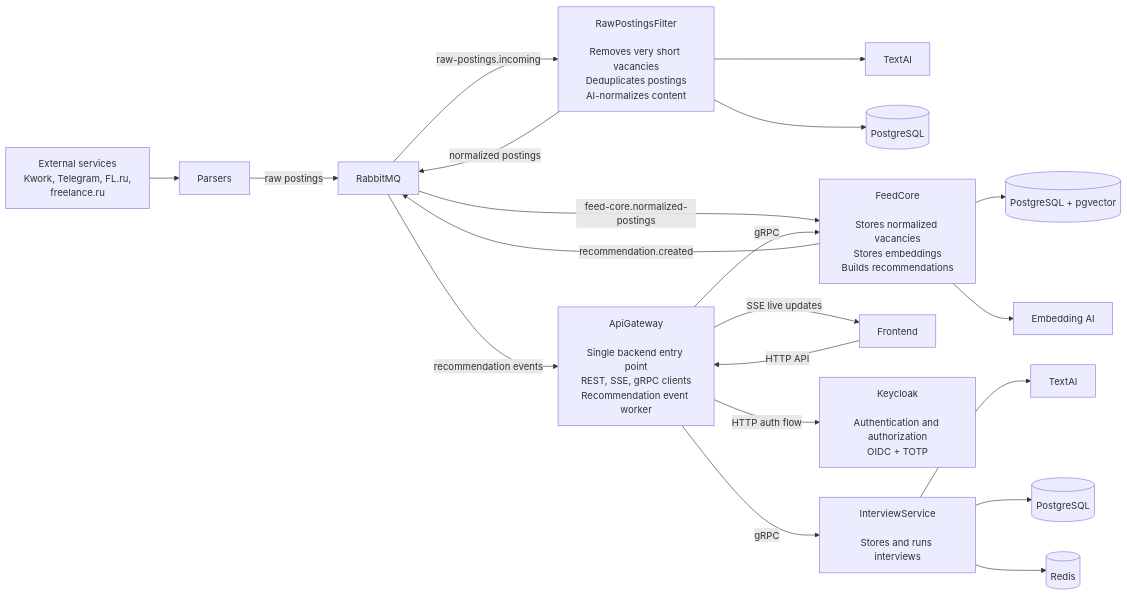
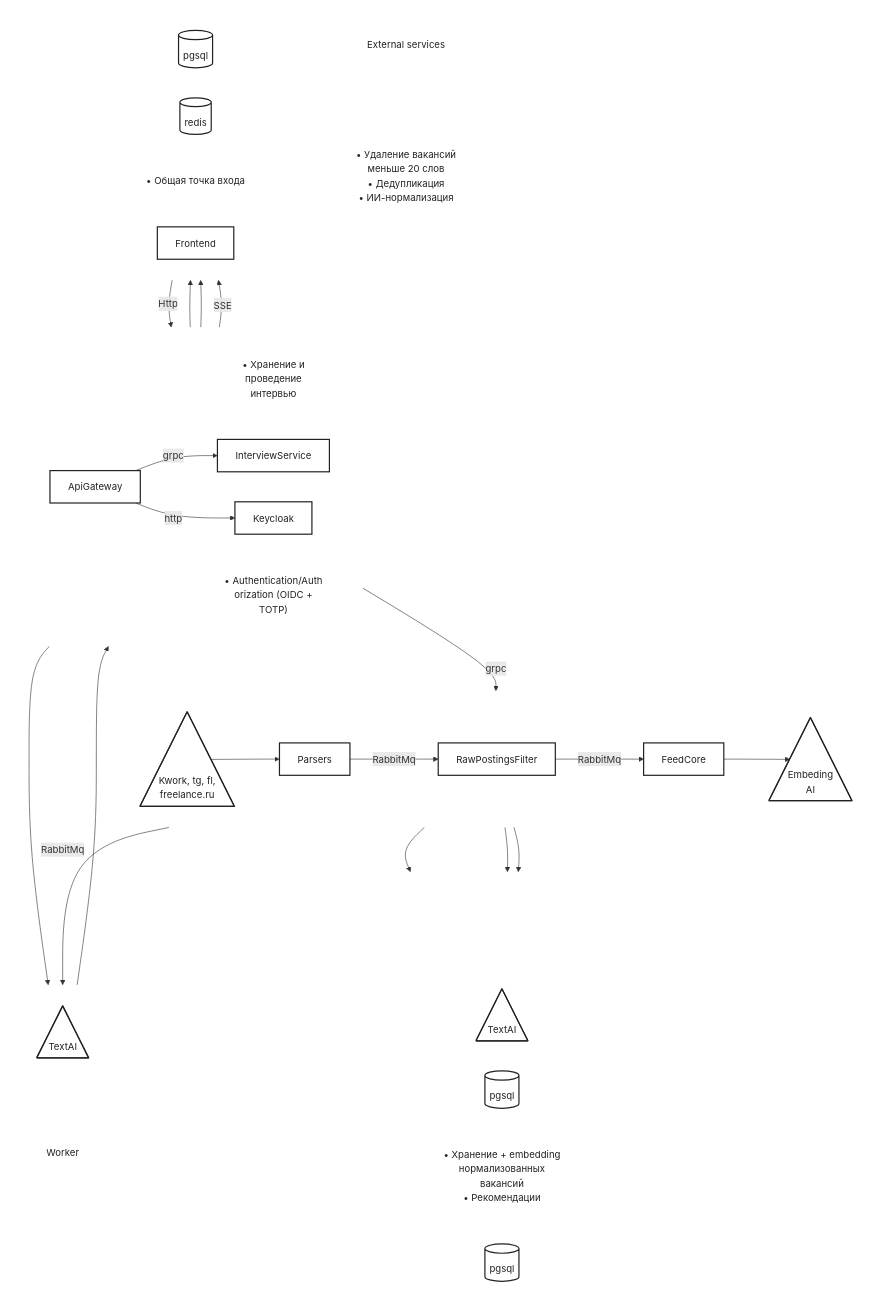
Before and after one commit to meeucg/FitFlow: the diagram in README.md, drawn with Mermaid. The commit also changed other lines of this file, not shown here.

Commit message:
Refine architecture diagram

````diff
--- a/README.md
+++ b/README.md
@@ -19,43 +19,91 @@
 ```mermaid
-flowchart LR
-    external["External services<br/>Kwork, Telegram, FL.ru,<br/>freelance.ru"]
-    parsers["Parsers"]
-    rabbit["RabbitMQ"]
-    raw["RawPostingsFilter<br/><br/>Removes very short vacancies<br/>Deduplicates postings<br/>AI-normalizes content"]
-    rawTextAi["TextAI"]
-    rawDb[("PostgreSQL")]
-    feed["FeedCore<br/><br/>Stores normalized vacancies<br/>Stores embeddings<br/>Builds recommendations"]
-    feedDb[("PostgreSQL + pgvector")]
-    embeddingAi["Embedding AI"]
+flowchart TB
+    classDef service fill:#ffffff,stroke:#222222,stroke-width:2px,color:#222222;
+    classDef store fill:#ffffff,stroke:#222222,stroke-width:2px,color:#222222;
+    classDef external fill:#ffffff,stroke:#222222,stroke-width:2px,color:#222222;
+    classDef note fill:transparent,stroke:transparent,color:#222222;
+    classDef hidden fill:transparent,stroke:transparent,color:transparent;
 
-    gateway["ApiGateway<br/><br/>Single backend entry point<br/>REST, SSE, gRPC clients<br/>Recommendation event worker"]
-    frontend["Frontend"]
-    keycloak["Keycloak<br/><br/>Authentication and authorization<br/>OIDC + TOTP"]
-    interview["InterviewService<br/><br/>Stores and runs interviews"]
-    interviewTextAi["TextAI"]
-    interviewDb[("PostgreSQL")]
-    redis[("Redis")]
+    subgraph topSupport[" "]
+        direction LR
+        topBlank1[" "]:::hidden
+        topBlank2[" "]:::hidden
+        rawTextAI@{ shape: tri, label: "TextAI" }
+        rawPg[("pgsql")]
+        feedNote["• Хранение + embedding<br/>нормализованных<br/>вакансий<br/>• Рекомендации"]:::note
+        feedPg[("pgsql")]
+    end
 
-    external --> parsers
-    parsers -->|raw postings| rabbit
-    rabbit -->|raw-postings.incoming| raw
-    raw --> rawTextAi
-    raw --> rawDb
-    raw -->|normalized postings| rabbit
-    rabbit -->|feed-core.normalized-postings| feed
+    subgraph ingestion[" "]
+        direction LR
+        externalServices@{ shape: tri, label: "Kwork, tg, fl,<br/>freelance.ru" }
+        parsers["Parsers"]:::service
+        rawFilter["RawPostingsFilter"]:::service
+        feedCore["FeedCore"]:::service
+        embeddingAI@{ shape: tri, label: "Embeding<br/>AI" }
+    end
 
-    feed --> feedDb
-    feed --> embeddingAi
-    feed -->|recommendation.created| rabbit
-    rabbit -->|recommendation events| gateway
+    subgraph topNotes[" "]
+        direction LR
+        externalNote["External services"]:::note
+        noteBlank1[" "]:::hidden
+        rawNote["• Удаление вакансий<br/>меньше 20 слов<br/>• Дедупликация<br/>• ИИ-нормализация"]:::note
+        noteBlank2[" "]:::hidden
+    end
 
-    gateway -->|gRPC| feed
-    gateway -->|gRPC| interview
-    gateway -->|HTTP auth flow| keycloak
-    interview --> interviewTextAi
-    interview --> interviewDb
-    interview --> redis
+    subgraph middleSupport[" "]
+        direction LR
+        interviewTextAI@{ shape: tri, label: "TextAI" }
+        midBlank1[" "]:::hidden
+        workerNote["Worker"]:::note
+    end
 
-    frontend -->|HTTP API| gateway
-    gateway -->|SSE live updates| frontend
+    subgraph middle[" "]
+        direction LR
+        interviewNote["• Хранение и<br/>проведение<br/>интервью"]:::note
+        interviewService["InterviewService"]:::service
+        apiGateway["ApiGateway"]:::service
+        keycloak["Keycloak"]:::service
+        keycloakNote["• Authentication/Auth<br/>orization (OIDC +<br/>TOTP)"]:::note
+    end
+
+    subgraph lower[" "]
+        direction LR
+        interviewPg[("pgsql")]
+        interviewRedis[("redis")]
+        gatewayNote["• Общая точка входа"]:::note
+        frontend["Frontend"]:::service
+    end
+
+    externalServices --> parsers
+    parsers -->|RabbitMq| rawFilter
+    rawFilter -->|RabbitMq| feedCore
+    feedCore --> embeddingAI
+
+    rawFilter --> rawTextAI
+    rawFilter --> rawPg
+    feedCore --> feedPg
+
+    interviewService --> interviewTextAI
+    interviewService --> interviewPg
+    interviewService --> interviewRedis
+
+    apiGateway -->|grpc| interviewService
+    apiGateway -->|http| keycloak
+    apiGateway -->|grpc| feedCore
+    feedCore -->|RabbitMq| workerNote
+    workerNote --> apiGateway
+
+    apiGateway -->|SSE| frontend
+    frontend -->|Http| apiGateway
+
+    class rawTextAI,externalServices,embeddingAI,interviewTextAI external;
+    class rawPg,feedPg,interviewPg,interviewRedis store;
+
+    style topSupport fill:transparent,stroke:transparent
+    style ingestion fill:transparent,stroke:transparent
+    style topNotes fill:transparent,stroke:transparent
+    style middleSupport fill:transparent,stroke:transparent
+    style middle fill:transparent,stroke:transparent
+    style lower fill:transparent,stroke:transparent
 ```
````
